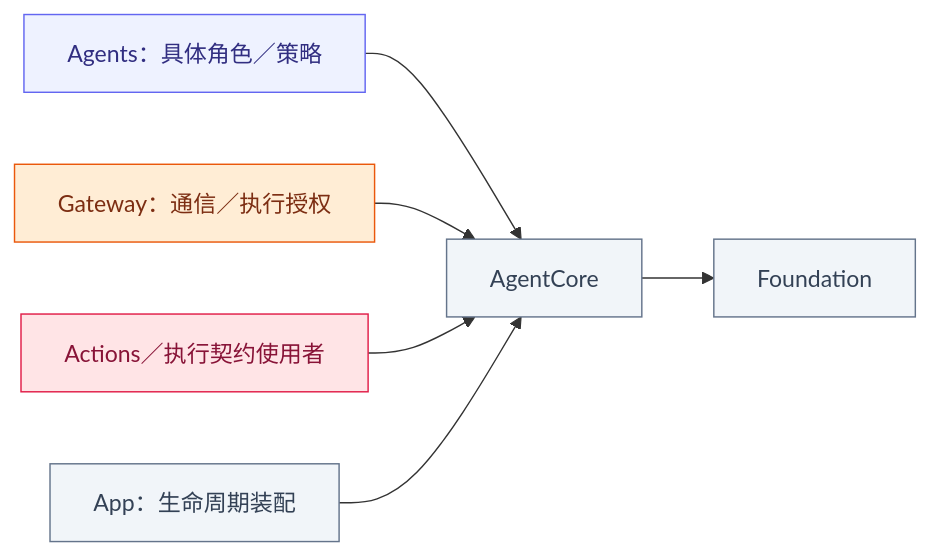
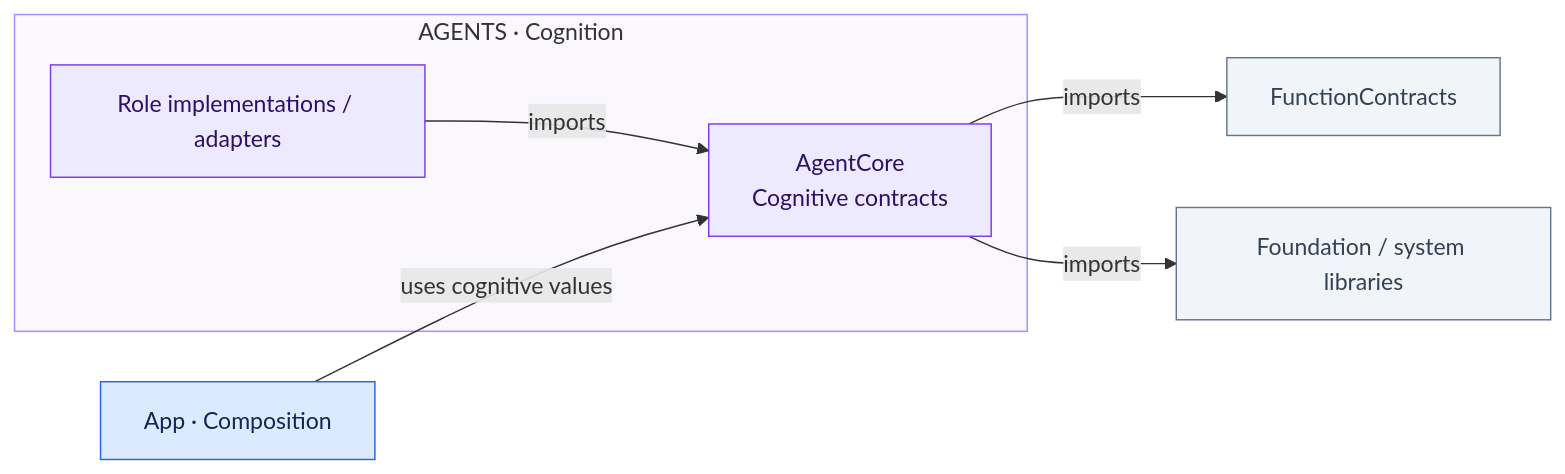
One commit to devilyouwei/MobileHarness changed the first of 2 diagrams in MobileHarness/Agents/Support/Core/README.md. Above: the diagram before and after it, drawn with Mermaid. The commit also changed other lines of this file and 352 other files, not shown here.

````diff
--- a/MobileHarness/Agents/Support/Core/README.md
+++ b/MobileHarness/Agents/Support/Core/README.md
@@ -20,22 +20,18 @@
 ```mermaid
 flowchart LR
- A["Agents：具体角色／策略"]:::agent
- G["Gateway：通信／执行授权"]:::gateway
- X["Actions／执行契约使用者"]:::action
- H["App：生命周期装配"]:::host
- C["AgentCore"]:::host
- F["Foundation"]:::host
- A --> C
- G --> C
- X --> C
- H --> C
- C --> F
- classDef ui fill:#e0f2fe,stroke:#0284c7,color:#0c4a6e
- classDef platform fill:#dcfce7,stroke:#16a34a,color:#14532d
- classDef model fill:#f3e8ff,stroke:#9333ea,color:#581c87
- classDef storage fill:#fef3c7,stroke:#d97706,color:#78350f
- classDef agent fill:#eef2ff,stroke:#6366f1,color:#312e81
- classDef gateway fill:#ffedd5,stroke:#ea580c,color:#7c2d12
- classDef action fill:#ffe4e6,stroke:#e11d48,color:#881337
- classDef host fill:#f1f5f9,stroke:#64748b,color:#334155
+    subgraph Cognition["AGENTS · Cognition"]
+        A["Role implementations / adapters"]:::agent
+        C["AgentCore<br/>Cognitive contracts"]:::agent
+        A -->|imports| C
+    end
+    H["App · Composition"]:::host
+    F["FunctionContracts"]:::contract
+    S["Foundation / system libraries"]:::contract
+    H -->|uses cognitive values| C
+    C -->|imports| F
+    C -->|imports| S
+    classDef agent fill:#ede9fe,stroke:#7c3aed,color:#2e1065
+    classDef host fill:#dbeafe,stroke:#2563eb,color:#172554
+    classDef contract fill:#f1f5f9,stroke:#64748b,color:#334155
+    style Cognition fill:#faf7fd,stroke:#a78bfa
 ```
````
